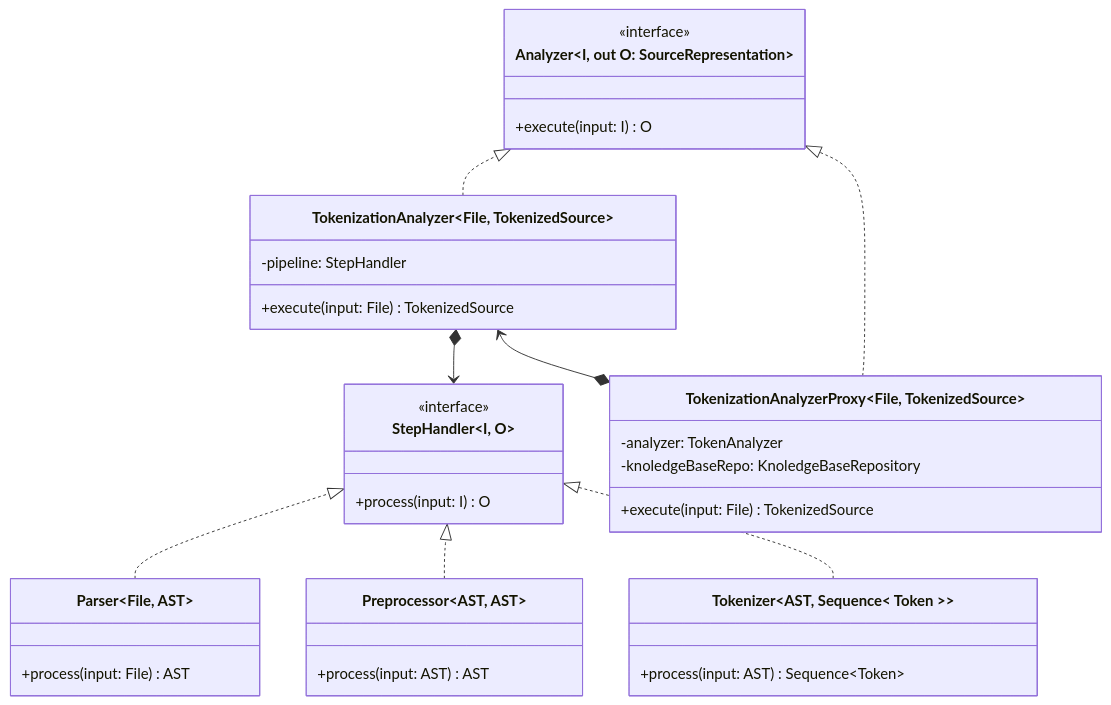
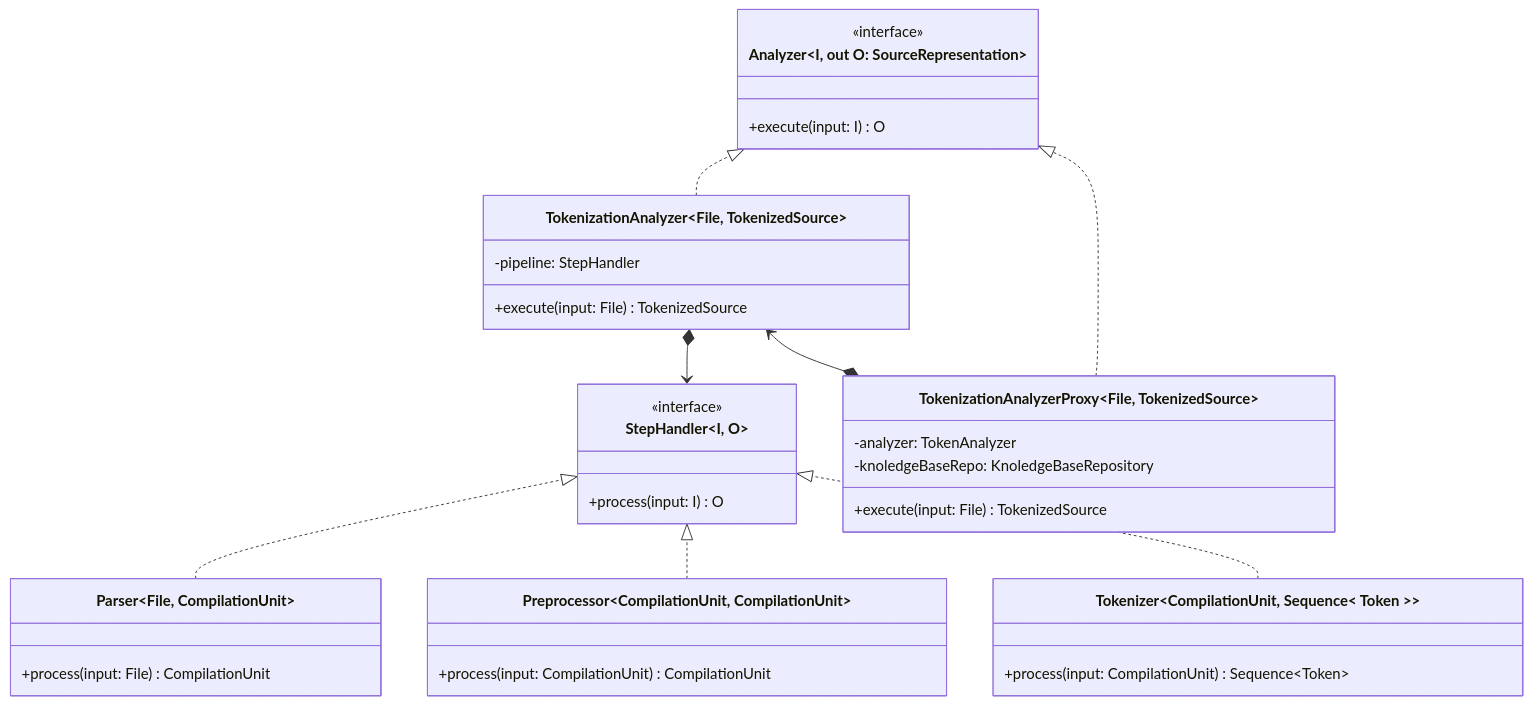
The eighth of 12 diagrams in doc.md (tassiLuca/code-plagiarism-detector-doc), drawn with Mermaid before and after one commit.

Commit message:
replace AST with CompilationUnit

````diff
--- a/doc.md
+++ b/doc.md
@@ -298,43 +298,43 @@
 ```mermaid 
 classDiagram
     direction BT
     class Analyzer~I, out O: SourceRepresentation~ {
         <<interface>>
         +execute(input: I) O
     }
 
     class StepHandler~I, O~ {
         <<interface>>
         +process(input: I) O
     }
 
-    class Parser~File, AST~ {
-        +process(input: File) AST
+    class Parser~File, CompilationUnit~ {
+        +process(input: File) CompilationUnit
     }
     Parser ..|> StepHandler
 
-    class Preprocessor~AST, AST~ {
-        +process(input: AST) AST
+    class Preprocessor~CompilationUnit, CompilationUnit~ {
+        +process(input: CompilationUnit) CompilationUnit
     }
     Preprocessor ..|> StepHandler
 
-    class Tokenizer~AST, Sequence< Token >~ {
-        +process(input: AST) Sequence~Token~
+    class Tokenizer~CompilationUnit, Sequence< Token >~ {
+        +process(input: CompilationUnit) Sequence~Token~
     }
     Tokenizer ..|> StepHandler
 
     class TokenizationAnalyzer~File, TokenizedSource~ {
         -pipeline: StepHandler
         +execute(input: File) TokenizedSource
     }
     TokenizationAnalyzer ..|> Analyzer
     StepHandler <--* TokenizationAnalyzer
 
     class TokenizationAnalyzerProxy~File, TokenizedSource~ {
         -analyzer: TokenAnalyzer
         -knoledgeBaseRepo: KnoledgeBaseRepository
         +execute(input: File) TokenizedSource
     }
     TokenizationAnalyzerProxy ..|> Analyzer
     TokenizationAnalyzerProxy *--> TokenizationAnalyzer
 ```
````
